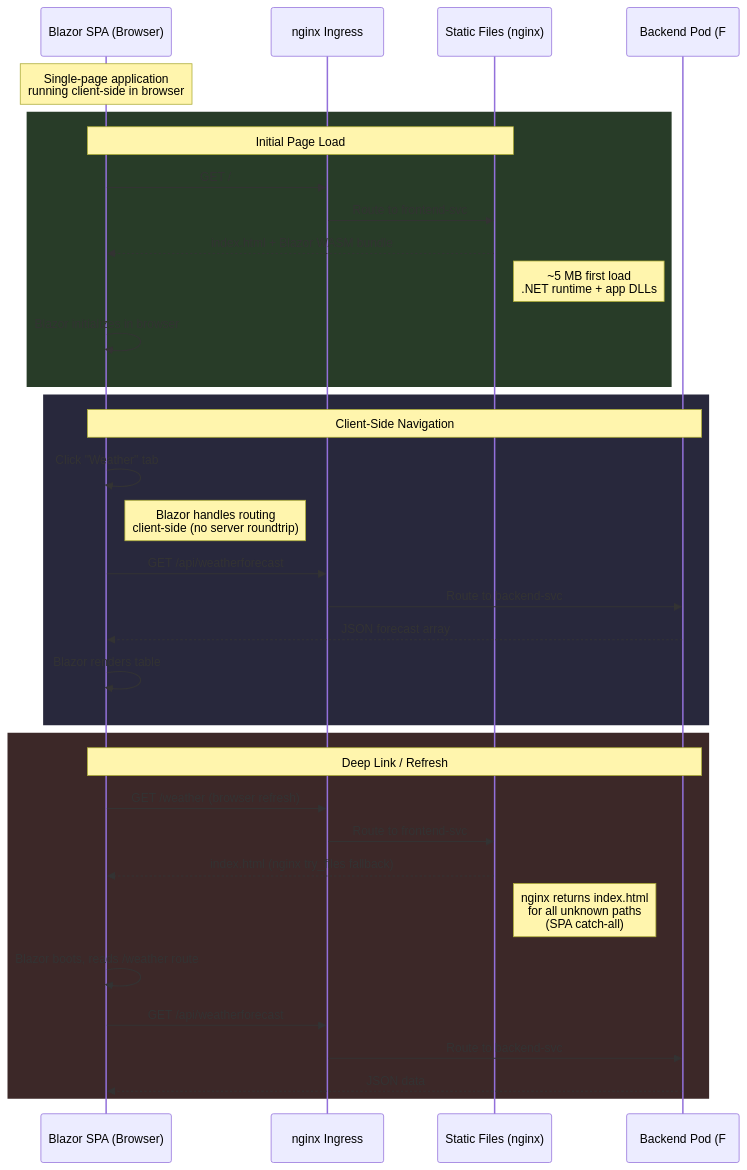
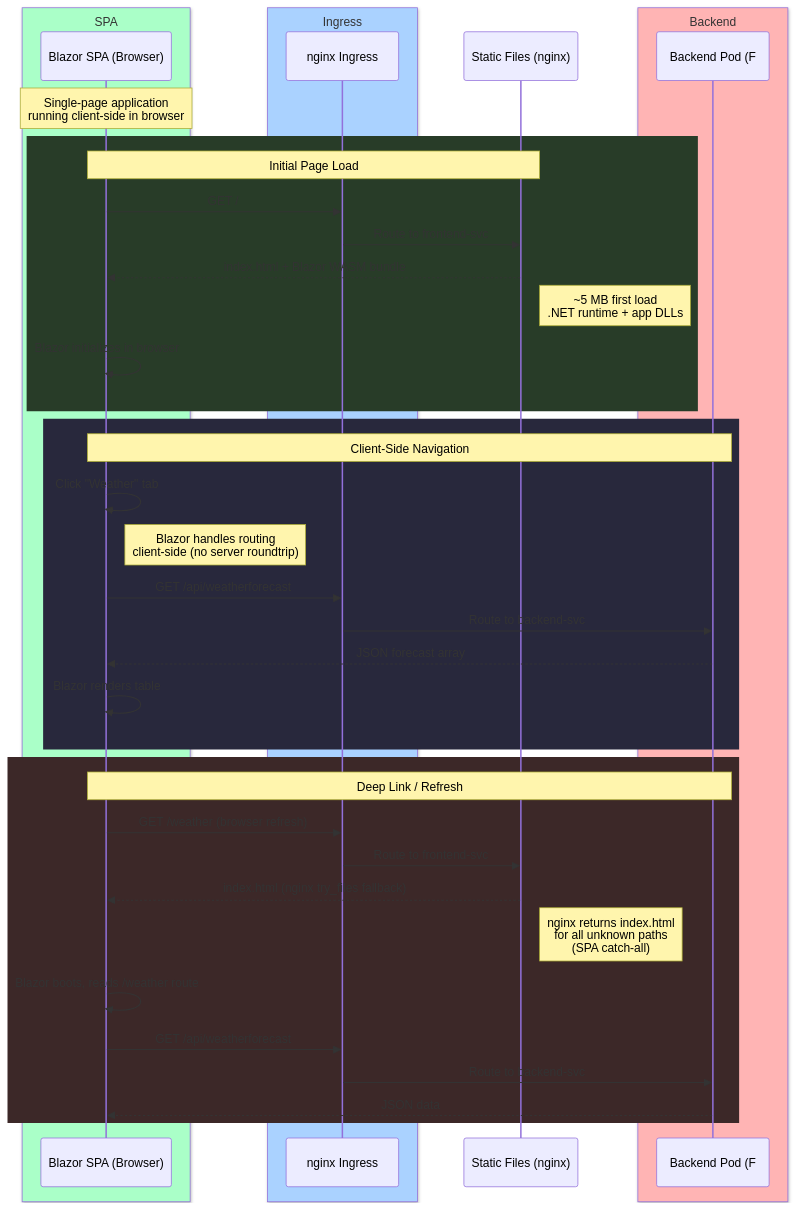
One commit to jagasafari/longevity changed the second of 3 diagrams in longevity-frontend/README.md. Above: the diagram before and after it, drawn with Mermaid. The commit also changed other lines of this file and 3 other files, not shown here.

````diff
--- a/longevity-frontend/README.md
+++ b/longevity-frontend/README.md
@@ -32,43 +32,49 @@
 ```mermaid
 sequenceDiagram
+    box rgb(170,255,200) SPA
     participant SPA as Blazor SPA (Browser)
+    end
+    box rgb(170,210,255) Ingress
     participant Ingress as nginx Ingress
+    end
     participant Files as Static Files (nginx)
+    box rgb(255,180,180) Backend
     participant BE as Backend Pod (F# API)
+    end
 
     Note over SPA: Single-page application<br/>running client-side in browser
 
     rect rgb(40, 60, 40)
     Note over SPA,Files: Initial Page Load
 
     SPA->>Ingress: GET /
     Ingress->>Files: Route to frontend-svc
     Files-->>SPA: index.html + Blazor WASM bundle
     Note right of Files: ~5 MB first load<br/>.NET runtime + app DLLs
     SPA->>SPA: Blazor initializes in browser
     end
 
     rect rgb(40, 40, 60)
     Note over SPA,BE: Client-Side Navigation
 
     SPA->>SPA: Click "Weather" tab
     Note right of SPA: Blazor handles routing<br/>client-side (no server roundtrip)
     SPA->>Ingress: GET /api/weatherforecast
     Ingress->>BE: Route to backend-svc
     BE-->>SPA: JSON forecast array
     SPA->>SPA: Blazor renders table
     end
 
     rect rgb(60, 40, 40)
     Note over SPA,BE: Deep Link / Refresh
 
     SPA->>Ingress: GET /weather (browser refresh)
     Ingress->>Files: Route to frontend-svc
     Files-->>SPA: index.html (nginx try_files fallback)
     Note right of Files: nginx returns index.html<br/>for all unknown paths<br/>(SPA catch-all)
     SPA->>SPA: Blazor boots, reads /weather route
     SPA->>Ingress: GET /api/weatherforecast
     Ingress->>BE: Route to backend-svc
     BE-->>SPA: JSON data
     end
 ```
````
